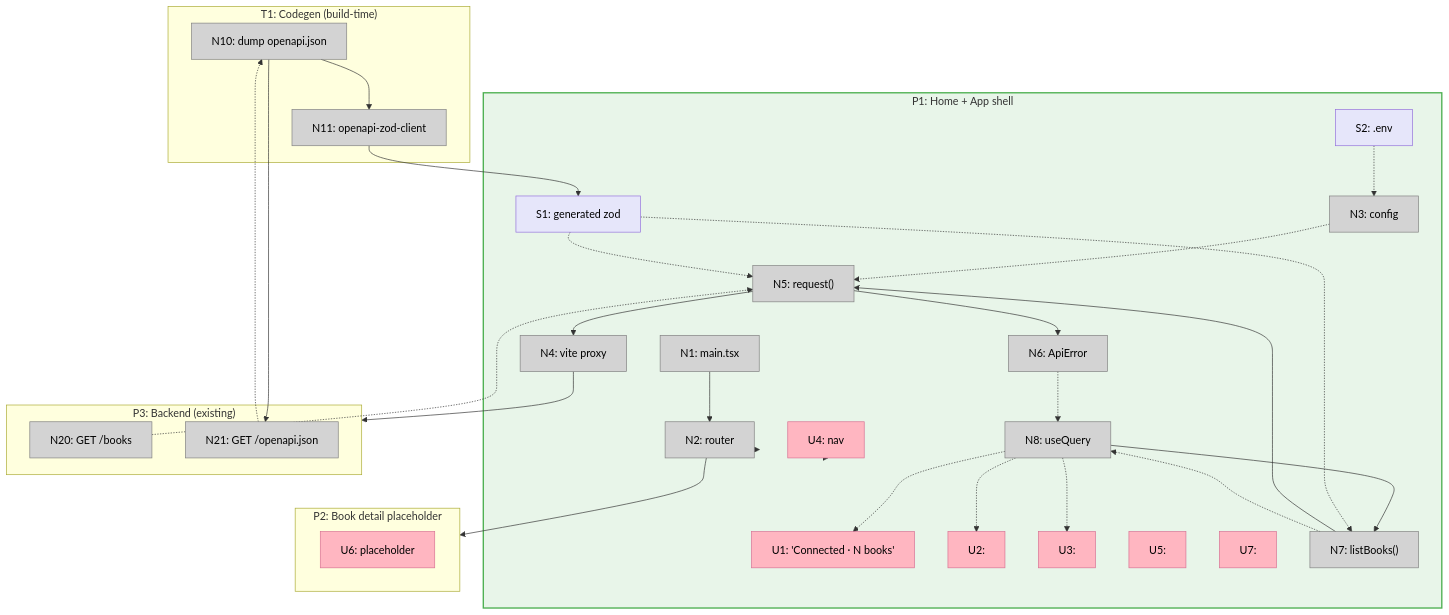
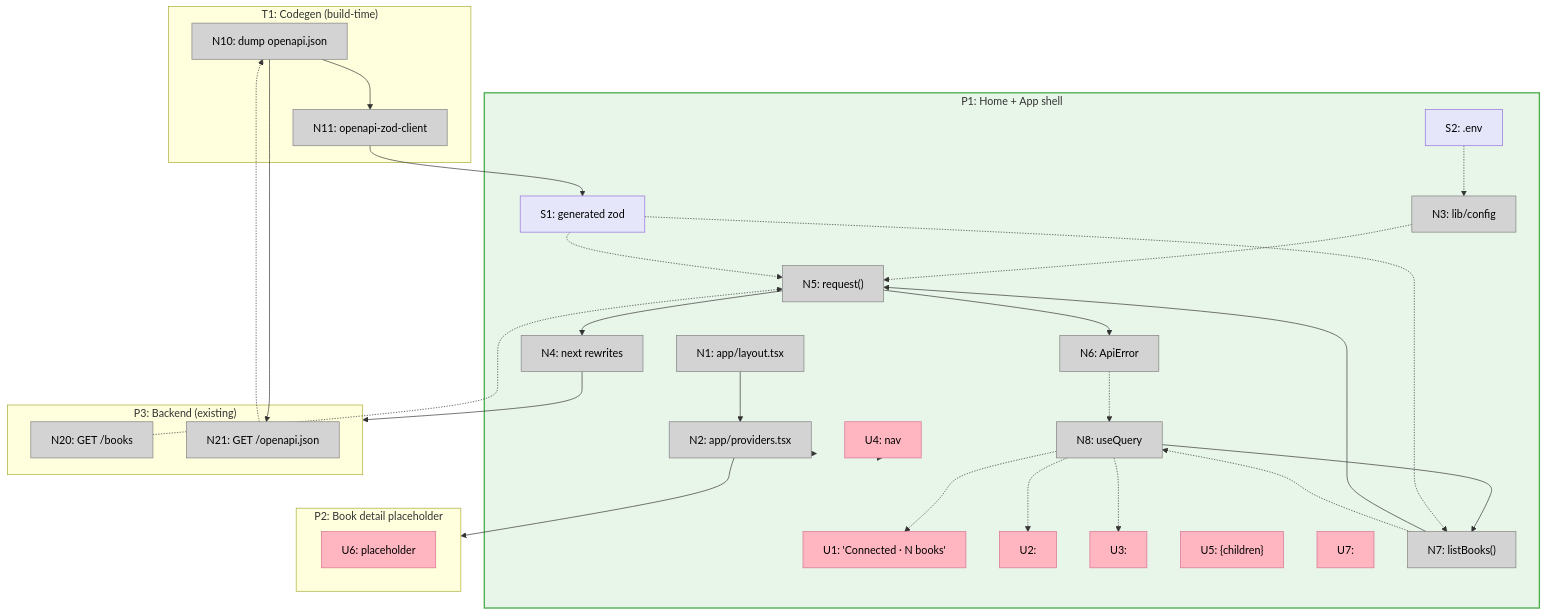
The diagram in docs/v1/step8/slices.md (polunwu/golden-book-rag), drawn with Mermaid before and after one commit. The commit also changed other lines of this file and 4 other files, not shown here.

````diff
--- a/docs/v1/step8/slices.md
+++ b/docs/v1/step8/slices.md
@@ -129,70 +135,70 @@
 ```mermaid
 flowchart TB
     subgraph P1["P1: Home + App shell"]
         U1["U1: 'Connected · N books'"]
         U2["U2: <Loading/>"]
         U3["U3: <ErrorState/>"]
         U4["U4: nav"]
-        U5["U5: <Outlet/>"]
+        U5["U5: {children}"]
         U7["U7: <Empty/>"]
-        N1["N1: main.tsx"]
-        N2["N2: router"]
-        N3["N3: config"]
-        N4["N4: vite proxy"]
+        N1["N1: app/layout.tsx"]
+        N2["N2: app/providers.tsx"]
+        N3["N3: lib/config"]
+        N4["N4: next rewrites"]
         N5["N5: request()"]
         N6["N6: ApiError"]
         N7["N7: listBooks()"]
         N8["N8: useQuery"]
         S1["S1: generated zod"]
         S2["S2: .env"]
     end
 
     subgraph P2["P2: Book detail placeholder"]
         U6["U6: placeholder"]
     end
 
     subgraph T1["T1: Codegen (build-time)"]
         N10["N10: dump openapi.json"]
         N11["N11: openapi-zod-client"]
     end
 
     subgraph P3["P3: Backend (existing)"]
         N20["N20: GET /books"]
         N21["N21: GET /openapi.json"]
     end
 
     N1 --> N2
     N2 --> P1
     N2 --> P2
     U4 --> P1
 
     N8 --> N7
     N7 --> N5
     N5 --> N4
     N5 --> N6
     N4 --> P3
     N20 -.-> N5
     S2 -.-> N3
     N3 -.-> N5
     S1 -.-> N5
     S1 -.-> N7
     N6 -.-> N8
     N7 -.-> N8
     N8 -.-> U1
     N8 -.-> U2
     N8 -.-> U3
 
     N10 --> N21
     N21 -.-> N10
     N10 --> N11
     N11 --> S1
 
     style P1 fill:#e8f5e9,stroke:#4caf50,stroke-width:2px
 
     classDef ui fill:#ffb6c1,stroke:#d87093,color:#000
     classDef nonui fill:#d3d3d3,stroke:#808080,color:#000
     classDef store fill:#e6e6fa,stroke:#9370db,color:#000
     class U1,U2,U3,U4,U5,U6,U7 ui
     class N1,N2,N3,N4,N5,N6,N7,N8,N10,N11,N20,N21 nonui
     class S1,S2 store
 ```
````
